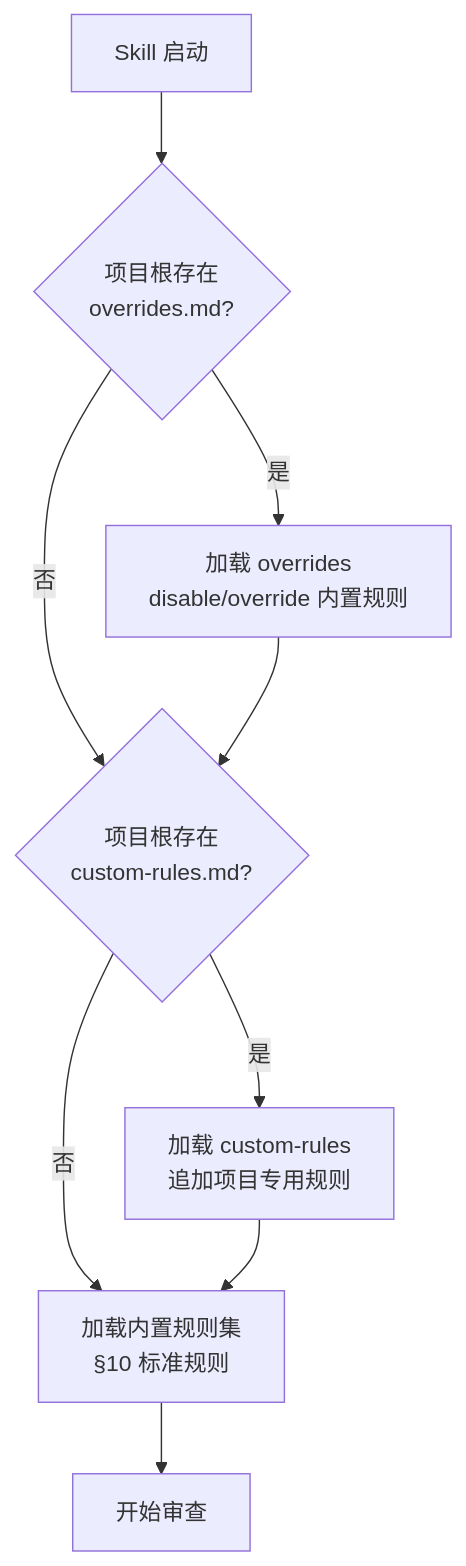
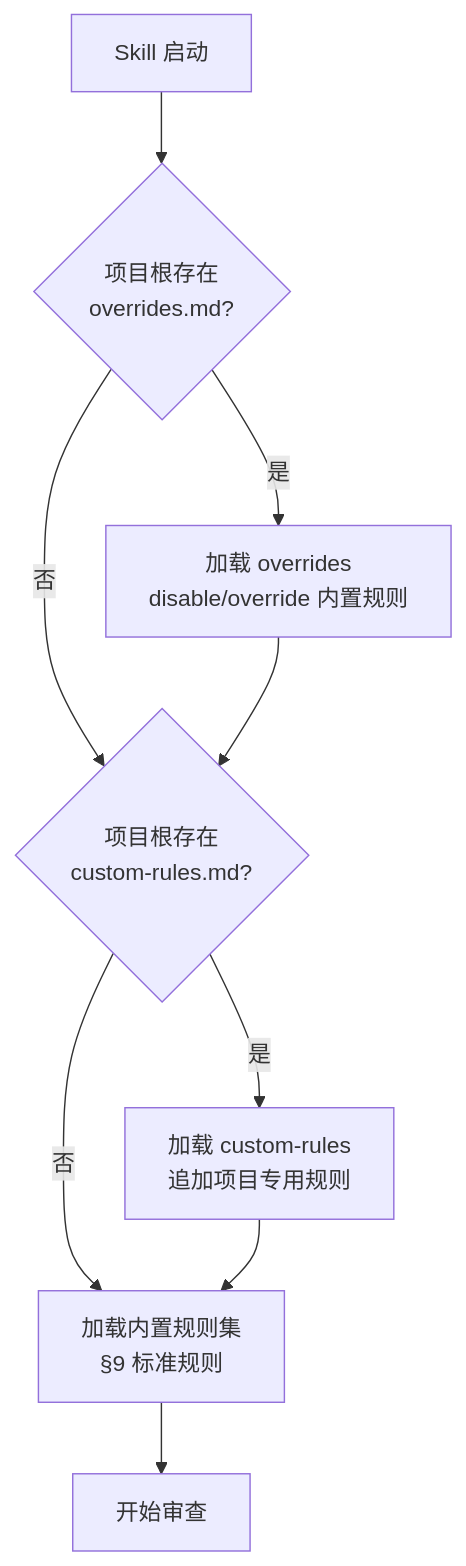
Before and after one commit to CaostGrace/ai-performance-code-review: the first of 4 diagrams in Android 性能 CR AI Code Review 技能 prd文档.md, drawn with Mermaid. The commit also changed other lines of this file, not shown here.

````diff
--- a/Android 性能 CR AI Code Review 技能 prd文档.md
+++ b/Android 性能 CR AI Code Review 技能 prd文档.md
@@ -164,11 +164,11 @@
 ```mermaid
 flowchart TD
     Start["Skill 启动"] --> Check1{"项目根存在<br/>overrides.md?"}
     Check1 -->|"是"| Load1["加载 overrides<br/>disable/override 内置规则"]
     Check1 -->|"否"| Check2
     Load1 --> Check2{"项目根存在<br/>custom-rules.md?"}
     Check2 -->|"是"| Load2["加载 custom-rules<br/>追加项目专用规则"]
-    Check2 -->|"否"| Default["加载内置规则集<br/>§10 标准规则"]
+    Check2 -->|"否"| Default["加载内置规则集<br/>§9 标准规则"]
     Load2 --> Default
     Default --> Done["开始审查"]
 ```
````
